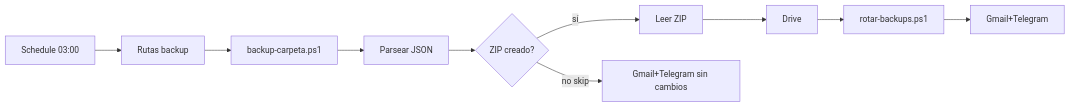
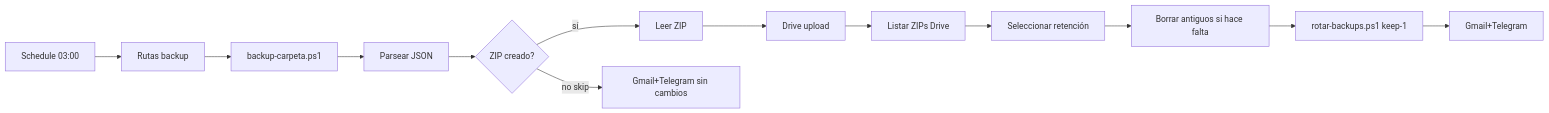
Before and after one commit to gracobjo/n8n: the fourth of 7 diagrams in documentacion-workflows-sistemas.md, drawn with Mermaid. The commit also changed other lines of this file and 2 other files, not shown here.

````diff
--- a/documentacion-workflows-sistemas.md
+++ b/documentacion-workflows-sistemas.md
@@ -351,12 +351,15 @@
 ```mermaid
 flowchart LR
   S[Schedule 03:00] --> R[Rutas backup]
   R --> Z[backup-carpeta.ps1]
   Z --> P[Parsear JSON]
   P --> I{ZIP creado?}
   I -->|sí| RD[Leer ZIP]
-  RD --> DR[Drive]
-  DR --> ROT[rotar-backups.ps1]
+  RD --> DR[Drive upload]
+  DR --> L[Listar ZIPs Drive]
+  L --> SEL[Seleccionar retención]
+  SEL --> DEL[Borrar antiguos si hace falta]
+  DEL --> ROT[rotar-backups.ps1 keep-1]
   ROT --> G[Gmail+Telegram]
   I -->|no skip| SK[Gmail+Telegram sin cambios]
 ```
````
